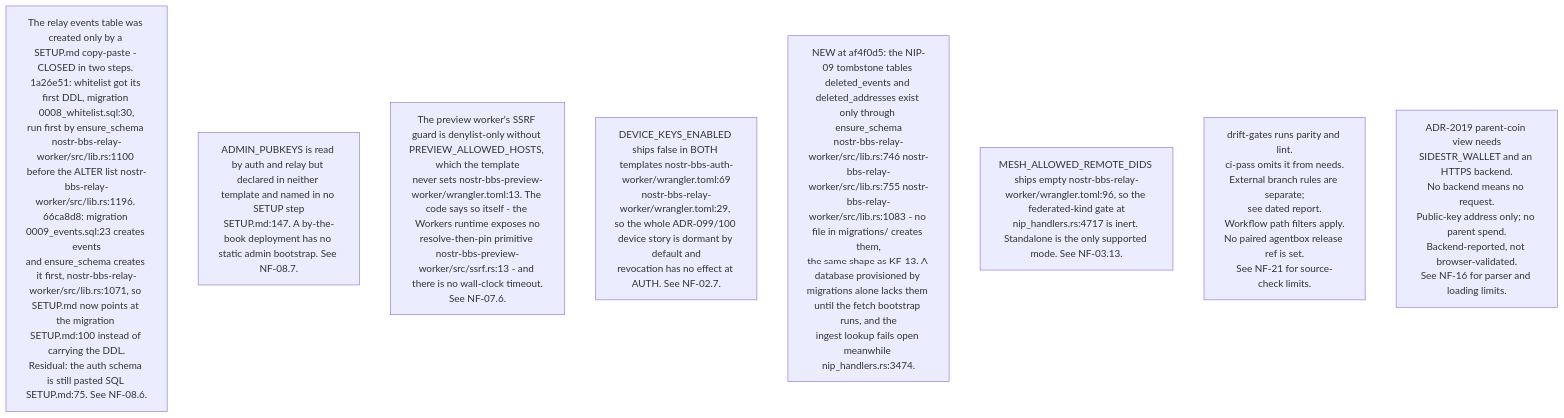
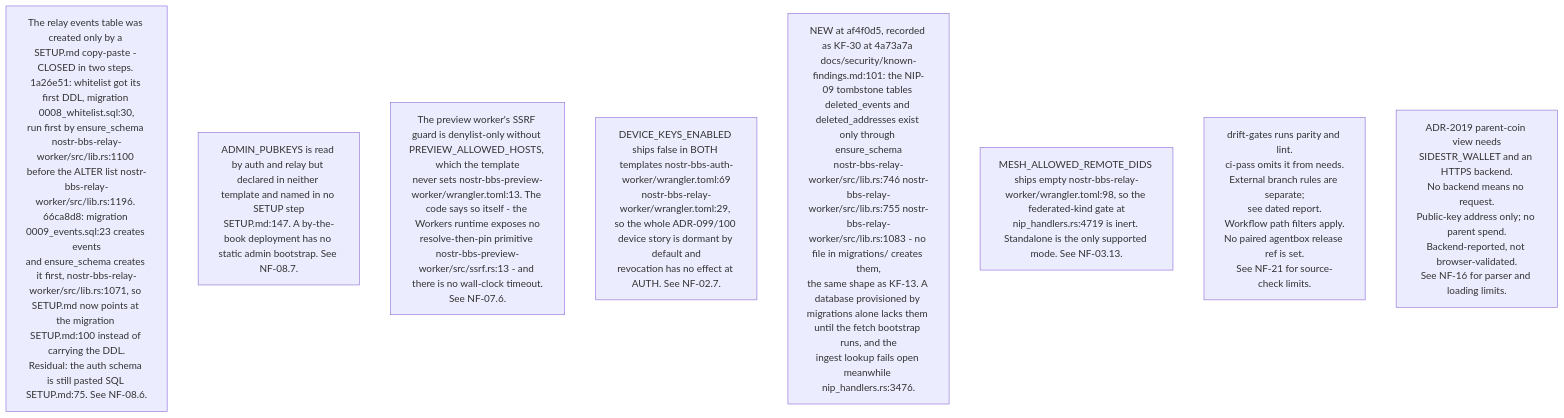
One commit to DreamLab-AI/VisionFlow changed the sixth of 15 diagrams in docs/diagrams/nostr-rust-forum/10-invariants-and-anomaly-register.md. Above: the diagram before and after it, drawn with Mermaid. The commit also changed other lines of this file and 11 other files, not shown here.

````diff
--- a/docs/diagrams/nostr-rust-forum/10-invariants-and-anomaly-register.md
+++ b/docs/diagrams/nostr-rust-forum/10-invariants-and-anomaly-register.md
@@ -204,20 +204,20 @@
 ```mermaid
 flowchart TB
     S1["The relay events table was created only by a SETUP.md copy-paste - CLOSED in two steps. 1a26e51: whitelist got its first DDL, migration 0008_whitelist.sql:30,<br/>run first by ensure_schema nostr-bbs-relay-worker/src/lib.rs:1100 before the ALTER list nostr-bbs-relay-worker/src/lib.rs:1196. 66ca8d8: migration 0009_events.sql:23 creates events<br/>and ensure_schema creates it first, nostr-bbs-relay-worker/src/lib.rs:1071, so SETUP.md now points at the migration SETUP.md:100 instead of carrying the DDL.<br/>Residual: the auth schema is still pasted SQL SETUP.md:75. See NF-08.6."]
     S2["ADMIN_PUBKEYS is read by auth and relay but declared in neither template and named in no SETUP step<br/>SETUP.md:147. A by-the-book deployment has no static admin bootstrap. See NF-08.7."]
     S3["The preview worker's SSRF guard is denylist-only without PREVIEW_ALLOWED_HOSTS, which the template<br/>never sets nostr-bbs-preview-worker/wrangler.toml:13. The code says so itself - the Workers runtime exposes no<br/>resolve-then-pin primitive nostr-bbs-preview-worker/src/ssrf.rs:13 - and there is no wall-clock timeout.<br/>See NF-07.6."]
     S4["DEVICE_KEYS_ENABLED ships false in BOTH templates nostr-bbs-auth-worker/wrangler.toml:69<br/>nostr-bbs-relay-worker/wrangler.toml:29, so the whole ADR-099/100 device story is dormant by default and<br/>revocation has no effect at AUTH. See NF-02.7."]
-    S8["NEW at af4f0d5: the NIP-09 tombstone tables deleted_events and deleted_addresses exist only through ensure_schema<br/>nostr-bbs-relay-worker/src/lib.rs:746 nostr-bbs-relay-worker/src/lib.rs:755 nostr-bbs-relay-worker/src/lib.rs:1083 - no file in migrations/ creates them,<br/>the same shape as KF-13. A database provisioned by migrations alone lacks them until the fetch bootstrap runs, and the<br/>ingest lookup fails open meanwhile nip_handlers.rs:3474."]
-    S5["MESH_ALLOWED_REMOTE_DIDS ships empty nostr-bbs-relay-worker/wrangler.toml:96, so the federated-kind gate at<br/>nip_handlers.rs:4717 is inert. Standalone is the only supported mode. See NF-03.13."]
+    S8["NEW at af4f0d5, recorded as KF-30 at 4a73a7a docs/security/known-findings.md:101: the NIP-09 tombstone tables deleted_events and deleted_addresses exist only through ensure_schema<br/>nostr-bbs-relay-worker/src/lib.rs:746 nostr-bbs-relay-worker/src/lib.rs:755 nostr-bbs-relay-worker/src/lib.rs:1083 - no file in migrations/ creates them,<br/>the same shape as KF-13. A database provisioned by migrations alone lacks them until the fetch bootstrap runs, and the<br/>ingest lookup fails open meanwhile nip_handlers.rs:3476."]
+    S5["MESH_ALLOWED_REMOTE_DIDS ships empty nostr-bbs-relay-worker/wrangler.toml:98, so the federated-kind gate at<br/>nip_handlers.rs:4719 is inert. Standalone is the only supported mode. See NF-03.13."]
     %% Source: ../nostr-rust-forum/.github/workflows/ci.yml:293
     %% Source: ../nostr-rust-forum/.github/workflows/ci.yml:296
     %% Source: ../nostr-rust-forum/.github/workflows/ci.yml:306
     %% Source: ../nostr-rust-forum/.github/workflows/ci.yml:20
     %% Source: ../nostr-rust-forum/.github/workflows/ci.yml:283
     S6["drift-gates runs parity and lint.<br/>ci-pass omits it from needs.<br/>External branch rules are separate;<br/>see dated report.<br/>Workflow path filters apply.<br/>No paired agentbox release ref is set.<br/>See NF-21 for source-check limits."]
     %% Source: ../nostr-rust-forum/crates/nostr-bbs-forum-client/src/wallet/mod.rs:268
     %% Source: ../nostr-rust-forum/crates/nostr-bbs-forum-client/src/wallet/parent.rs:50
     %% Source: ../nostr-rust-forum/crates/nostr-bbs-forum-client/src/wallet/parent.rs:56
     %% Source: ../nostr-rust-forum/crates/nostr-bbs-forum-client/src/wallet/parent.rs:63
     S7["ADR-2019 parent-coin view needs<br/>SIDESTR_WALLET and an HTTPS backend.<br/>No backend means no request.<br/>Public-key address only; no parent spend.<br/>Backend-reported, not browser-validated.<br/>See NF-16 for parser and loading limits."]
 ```
````
